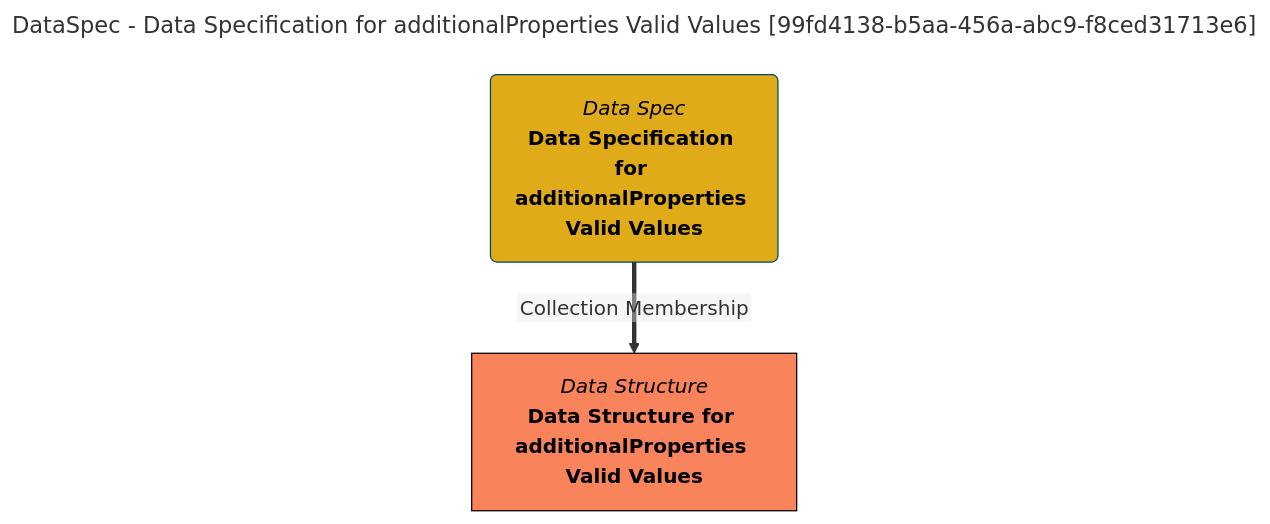
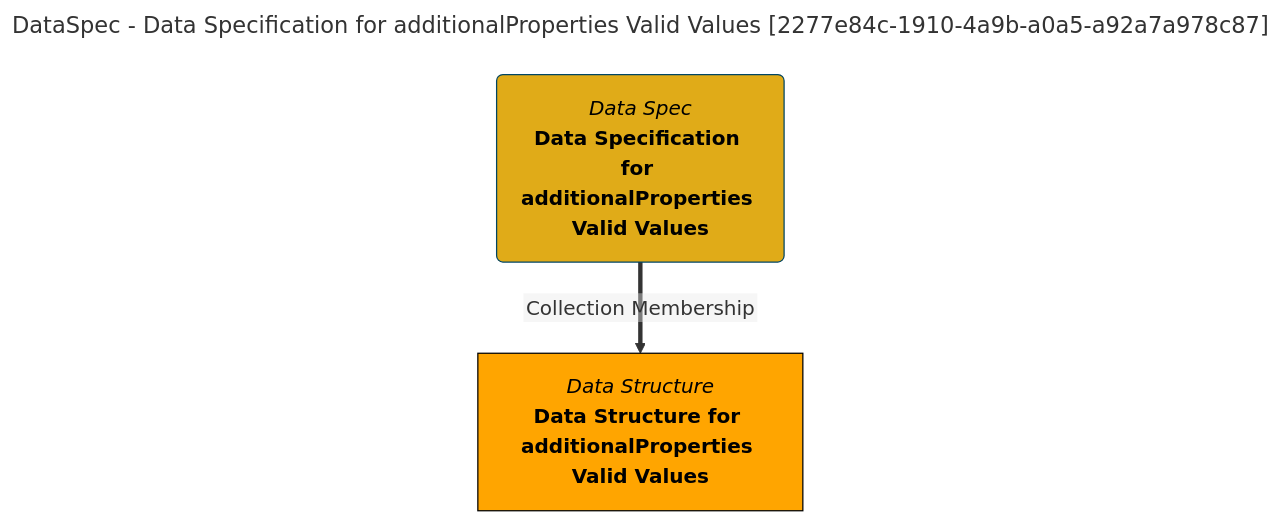
The diagram in site/snippets/collections/data-specs/data-specification-for-additionalproperties-valid-values-mermaid-graph.md (odpi/egeria-docs), drawn with Mermaid before and after one commit. The commit also changed 2201 other files, not shown here.

````diff
--- a/site/snippets/collections/data-specs/data-specification-for-additionalproperties-valid-values-mermaid-graph.md
+++ b/site/snippets/collections/data-specs/data-specification-for-additionalproperties-valid-values-mermaid-graph.md
@@ -1,15 +1,15 @@
 ```mermaid
 ---
-title: DataSpec - Data Specification for additionalProperties Valid Values [99fd4138-b5aa-456a-abc9-f8ced31713e6]
+title: DataSpec - Data Specification for additionalProperties Valid Values [2277e84c-1910-4a9b-a0a5-a92a7a978c87]
 ---
 flowchart TD
 %%{init: {"flowchart": {"htmlLabels": false}} }%%
 
 1@{ shape: rounded, label: "*Data Spec*
 **Data Specification for additionalProperties Valid Values**"}
 2@{ shape: rect, label: "*Data Structure*
 **Data Structure for additionalProperties Valid Values**"}
 1==>|"Collection Membership"|2
 style 1 color:#000000, fill:#e0ab18, stroke:#004563
-style 2 color:#000000, fill:#f9845b, stroke:#000000
+style 2 color:#000000, fill:#FFA500, stroke:#000000
 ```
````
